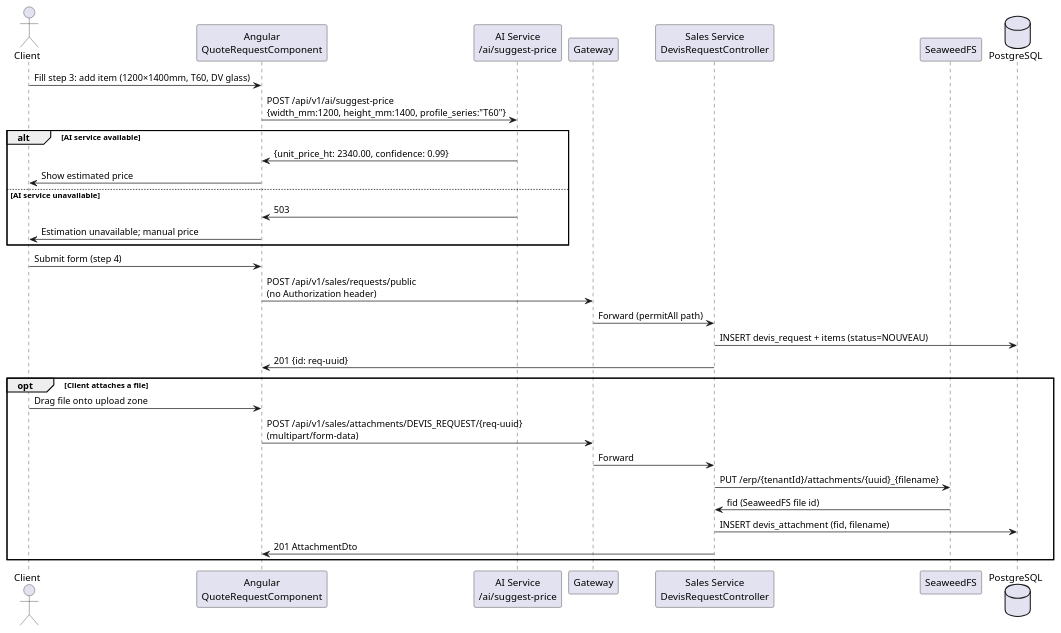
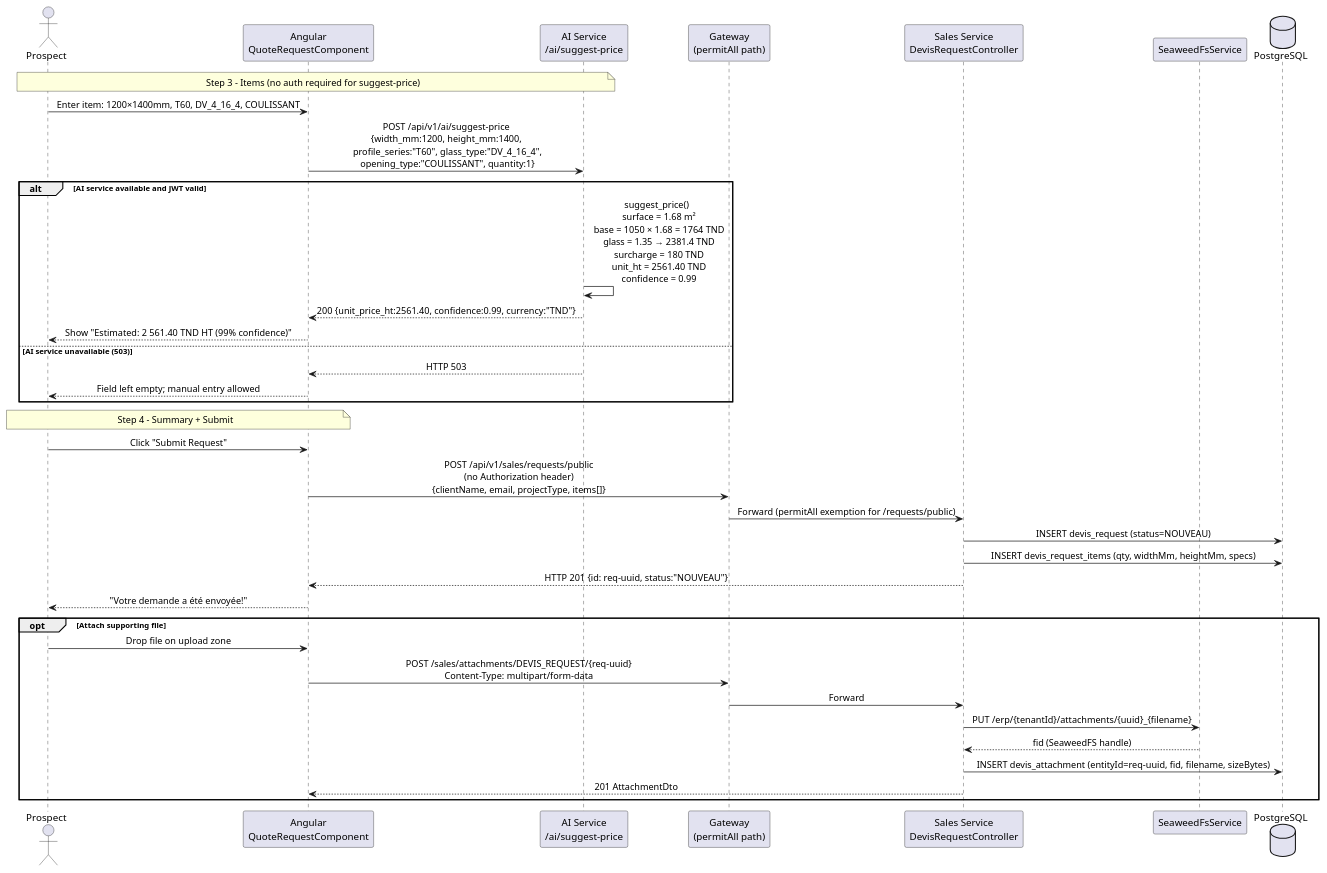
Before and after one commit to MohamedTrikii/PFA_CRM_ERP_Platform: the tenth of 19 diagrams in docs/PFA_REPORT.md, drawn with PlantUML. The commit also changed other lines of this file and 150 other files, not shown here.

````diff
--- a/docs/PFA_REPORT.md
+++ b/docs/PFA_REPORT.md
@@ -1091,38 +1053,48 @@
 ```plantuml
 @startuml SD_QuoteRequest
-actor Client
+skinparam sequenceMessageAlign center
+
+actor Prospect
 participant "Angular\nQuoteRequestComponent" as UI
 participant "AI Service\n/ai/suggest-price" as AI
-participant "Gateway" as GW
+participant "Gateway\n(permitAll path)" as GW
 participant "Sales Service\nDevisRequestController" as SVC
-participant "SeaweedFS" as SF
+participant "SeaweedFsService" as SF
 database "PostgreSQL" as DB
 
-Client -> UI : Fill step 3: add item (1200×1400mm, T60, DV glass)
-UI -> AI : POST /api/v1/ai/suggest-price\n{width_mm:1200, height_mm:1400, profile_series:"T60"}
+note over Prospect, AI : Step 3 – Items (no auth required for suggest-price)
 
-alt AI service available
-  AI -> UI : {unit_price_ht: 2340.00, confidence: 0.99}
-  UI -> Client : Show estimated price
-else AI service unavailable
-  AI -> UI : 503
-  UI -> Client : Estimation unavailable; manual price
+Prospect -> UI : Enter item: 1200×1400mm, T60, DV_4_16_4, COULISSANT
+UI -> AI : POST /api/v1/ai/suggest-price\n{width_mm:1200, height_mm:1400,\n profile_series:"T60", glass_type:"DV_4_16_4",\n opening_type:"COULISSANT", quantity:1}
+
+alt AI service available and JWT valid
+  AI -> AI : suggest_price()\n  surface = 1.68 m²\n  base = 1050 × 1.68 = 1764 TND\n  glass = 1.35 → 2381.4 TND\n  surcharge = 180 TND\n  unit_ht = 2561.40 TND\n  confidence = 0.99
+  AI --> UI : 200 {unit_price_ht:2561.40, confidence:0.99, currency:"TND"}
+  UI --> Prospect : Show "Estimated: 2 561.40 TND HT (99% confidence)"
+else AI service unavailable (503)
+  AI --> UI : HTTP 503
+  UI --> Prospect : Field left empty; manual entry allowed
 end
 
-Client -> UI : Submit form (step 4)
-UI -> GW : POST /api/v1/sales/requests/public\n(no Authorization header)
-GW -> SVC : Forward (permitAll path)
-SVC -> DB : INSERT devis_request + items (status=NOUVEAU)
-SVC -> UI : 201 {id: req-uuid}
+note over Prospect, UI : Step 4 – Summary + Submit
 
-opt Client attaches a file
-  Client -> UI : Drag file onto upload zone
-  UI -> GW : POST /api/v1/sales/attachments/DEVIS_REQUEST/{req-uuid}\n(multipart/form-data)
+Prospect -> UI : Click "Submit Request"
+UI -> GW : POST /api/v1/sales/requests/public\n(no Authorization header)\n{clientName, email, projectType, items[]}
+GW -> SVC : Forward (permitAll exemption for /requests/public)
+SVC -> DB : INSERT devis_request (status=NOUVEAU)
+SVC -> DB : INSERT devis_request_items (qty, widthMm, heightMm, specs)
+SVC --> UI : HTTP 201 {id: req-uuid, status:"NOUVEAU"}
+UI --> Prospect : "Votre demande a été envoyée!"
+
+opt Attach supporting file
+  Prospect -> UI : Drop file on upload zone
+  UI -> GW : POST /sales/attachments/DEVIS_REQUEST/{req-uuid}\nContent-Type: multipart/form-data
   GW -> SVC : Forward
   SVC -> SF : PUT /erp/{tenantId}/attachments/{uuid}_{filename}
-  SF -> SVC : fid (SeaweedFS file id)
-  SVC -> DB : INSERT devis_attachment (fid, filename)
-  SVC -> UI : 201 AttachmentDto
+  SF --> SVC : fid (SeaweedFS handle)
+  SVC -> DB : INSERT devis_attachment (entityId=req-uuid, fid, filename, sizeBytes)
+  SVC --> UI : 201 AttachmentDto
 end
+
 @enduml
 ```
````
